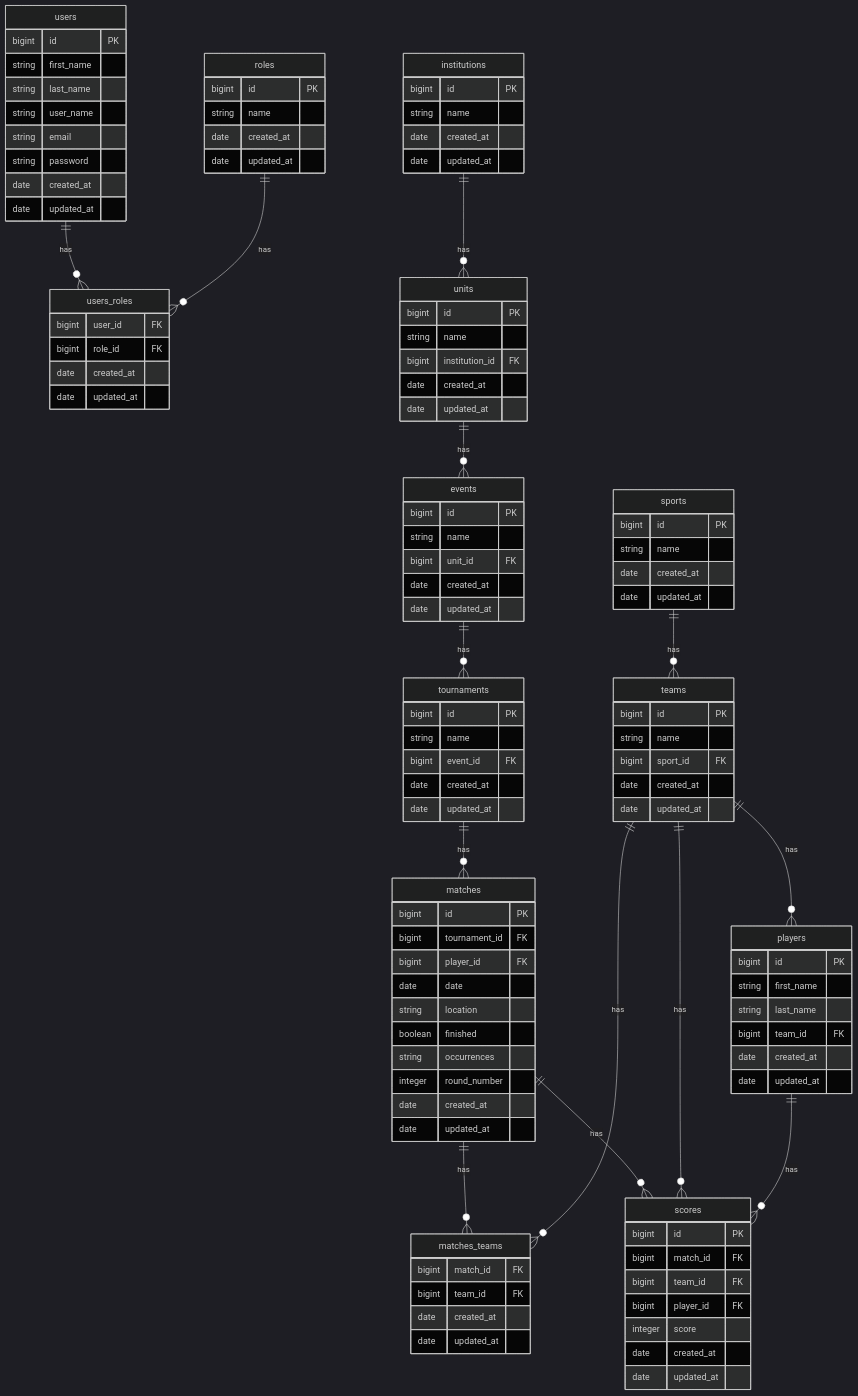
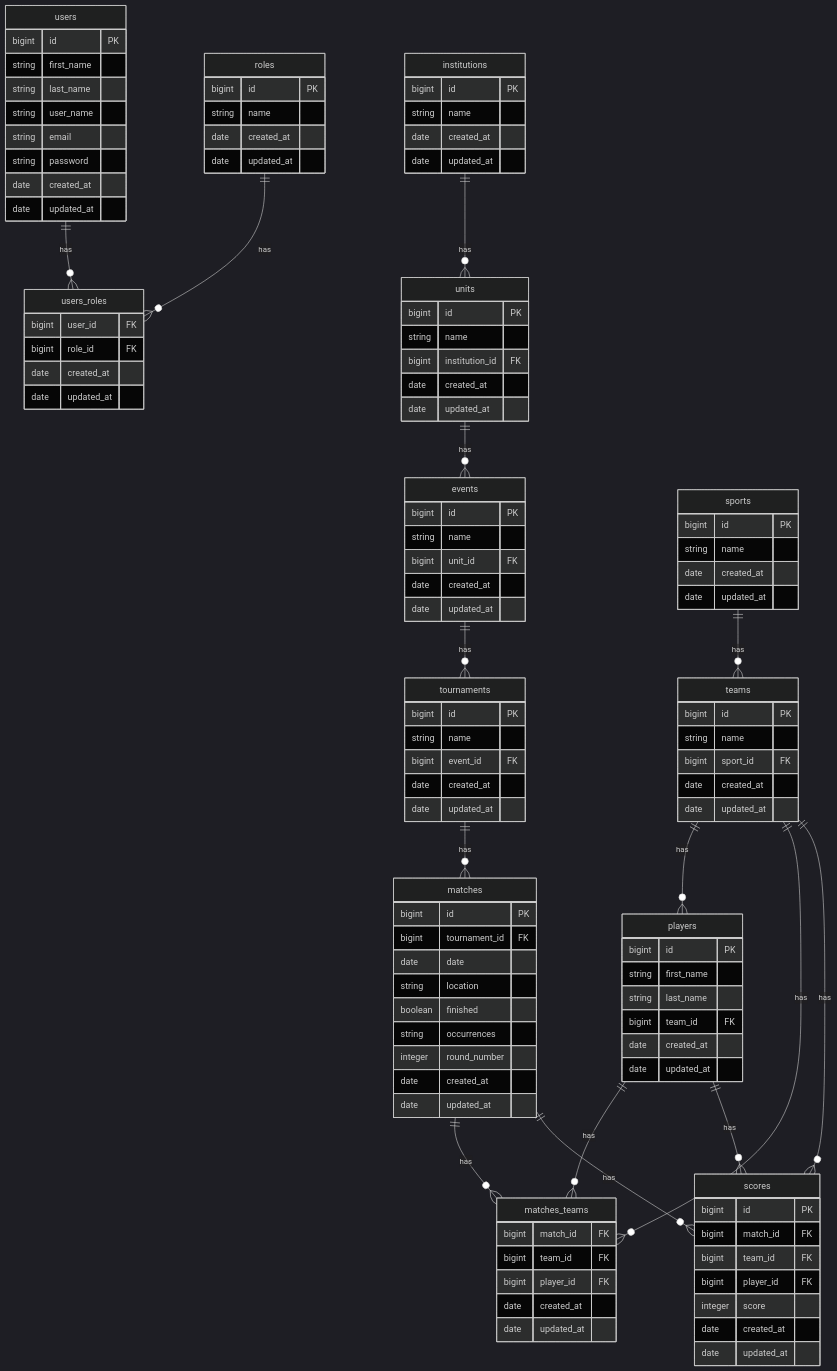
The diagram in README.md (rgomide/gerenciador-torneio), drawn with Mermaid (dark theme) before and after one commit.

Commit message:
player_id transferido para match_teams

```diff
--- a/README.md
+++ b/README.md
@@ -112,7 +112,6 @@
     matches {
       bigint id PK
       bigint tournament_id FK
-      bigint player_id FK
       date date
       string location
       boolean finished
@@ -125,6 +124,7 @@
     matches_teams {
       bigint match_id FK
       bigint team_id FK
+      bigint player_id FK
       date created_at
       date updated_at
     }
@@ -149,6 +149,7 @@
     tournaments ||--o{ matches : has
     matches ||--o{ matches_teams : has
     teams ||--o{ matches_teams : has
+    players ||--o{ matches_teams : has
     matches ||--o{ scores : has
     teams ||--o{ scores : has
     players ||--o{ scores : has
```
